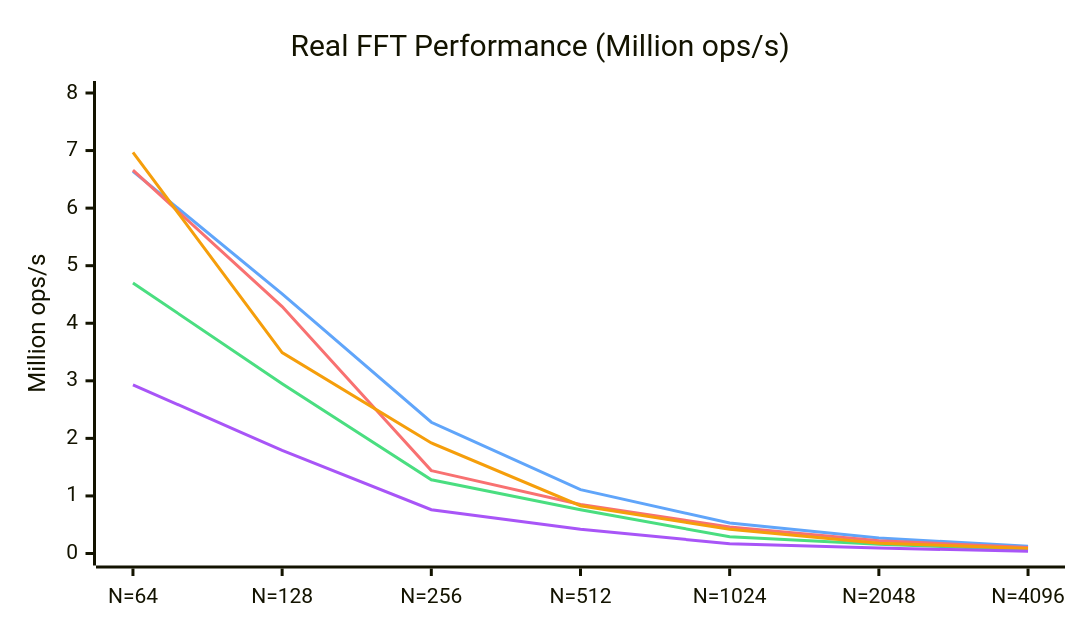
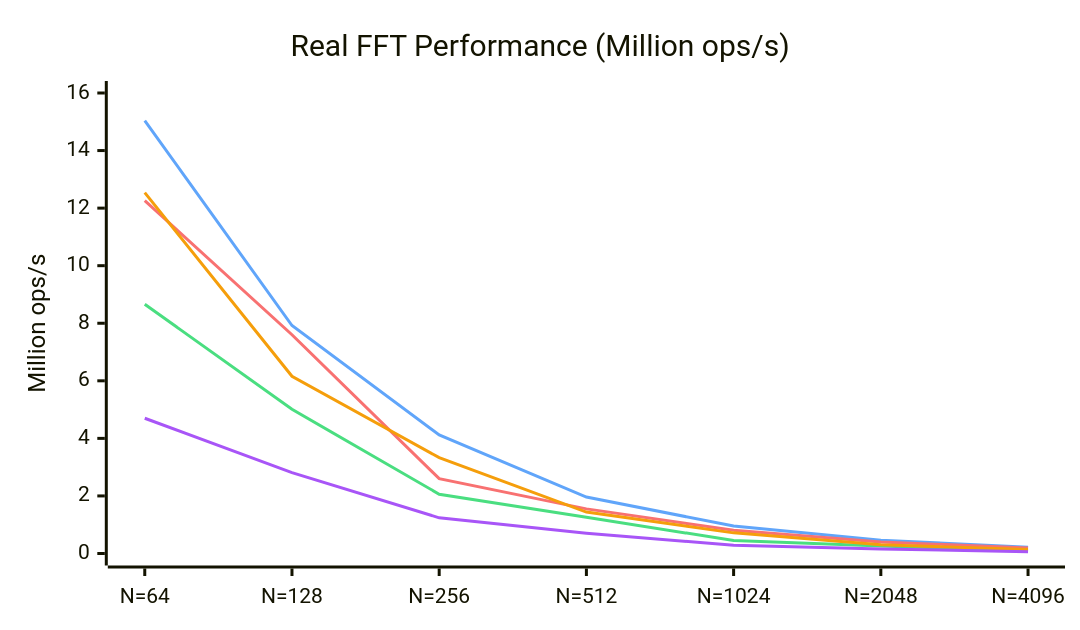
The second of 2 diagrams in README.md (EmNudge/wat-fft), drawn with Mermaid before and after one commit. The commit also changed other lines of this file and 6 other files, not shown here.

````diff
--- a/README.md
+++ b/README.md
@@ -61,20 +63,20 @@
 ```mermaid
 ---
 config:
     xyChart:
         width: 700
         height: 400
     themeVariables:
         xyChart:
             plotColorPalette: "#4ade80, #60a5fa, #f87171, #f59e0b, #a855f7"
 ---
 xychart-beta
     title "Real FFT Performance (Million ops/s)"
     x-axis [N=64, N=128, N=256, N=512, N=1024, N=2048, N=4096]
-    y-axis "Million ops/s" 0 --> 8
-    line [4.70, 2.95, 1.28, 0.76, 0.29, 0.16, 0.063]
-    line [6.64, 4.51, 2.28, 1.11, 0.53, 0.27, 0.126]
-    line [6.66, 4.29, 1.44, 0.85, 0.46, 0.22, 0.106]
-    line [6.97, 3.49, 1.92, 0.83, 0.42, 0.18, 0.089]
-    line [2.93, 1.79, 0.76, 0.42, 0.17, 0.094, 0.039]
+    y-axis "Million ops/s" 0 --> 16
+    line [8.66, 5.01, 2.06, 1.26, 0.451, 0.257, 0.095]
+    line [15.04, 7.92, 4.12, 1.96, 0.955, 0.459, 0.220]
+    line [12.26, 7.60, 2.60, 1.55, 0.807, 0.403, 0.190]
+    line [12.54, 6.16, 3.33, 1.44, 0.717, 0.301, 0.143]
+    line [4.70, 2.81, 1.24, 0.707, 0.283, 0.156, 0.064]
 ```
````
